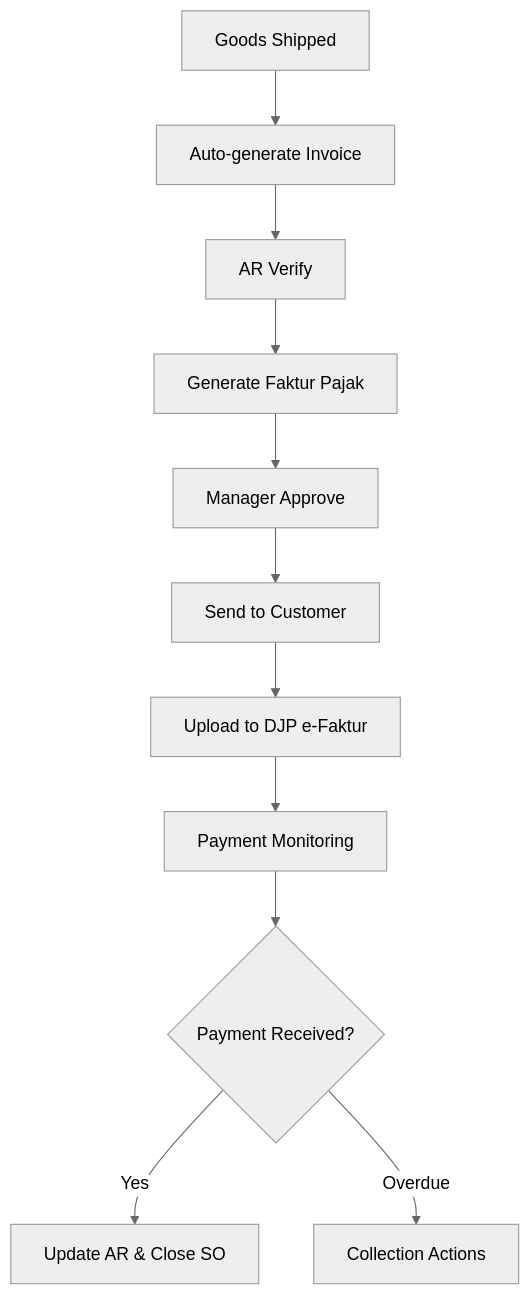
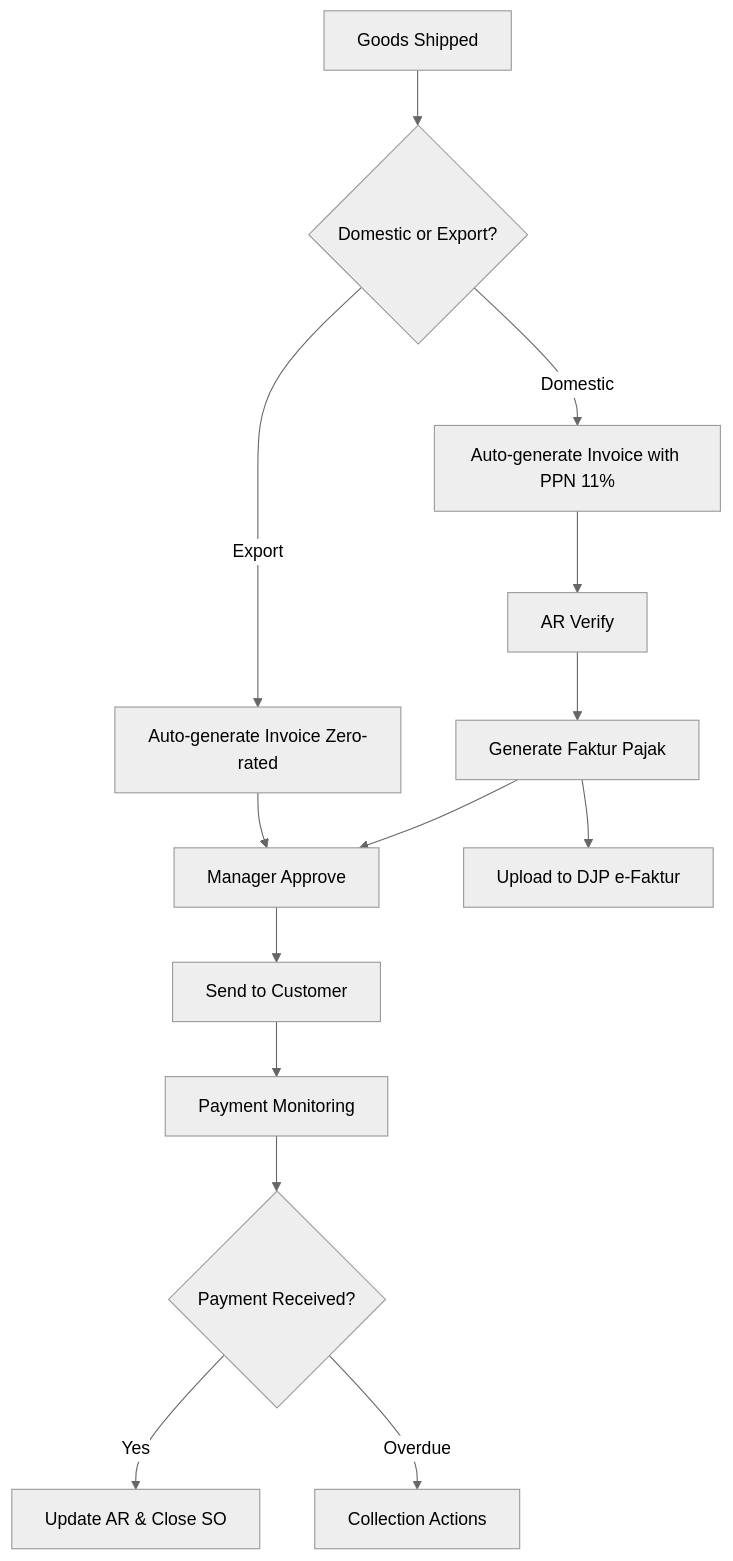
One commit to batalngantuk/jkj changed the seventh of 7 diagrams in docs/detailed_workflow_spec.md. Above: the diagram before and after it, drawn with Mermaid (neutral theme). The commit also changed other lines of this file and 5 other files, not shown here.

````diff
--- a/docs/detailed_workflow_spec.md
+++ b/docs/detailed_workflow_spec.md
@@ -318,13 +349,16 @@
 ```mermaid
 graph TD
-    A[Goods Shipped] --> B[Auto-generate Invoice]
-    B --> C[AR Verify]
-    C --> D[Generate Faktur Pajak]
-    D --> E[Manager Approve]
-    E --> F[Send to Customer]
-    F --> G[Upload to DJP e-Faktur]
-    G --> H[Payment Monitoring]
-    H --> I{Payment Received?}
-    I -->|Yes| J[Update AR & Close SO]
-    I -->|Overdue| K[Collection Actions]
+    A[Goods Shipped] --> B{Domestic or Export?}
+    B -->|Domestic| C[Auto-generate Invoice with PPN 11%]
+    B -->|Export| D[Auto-generate Invoice Zero-rated]
+    C --> E[AR Verify]
+    E --> F[Generate Faktur Pajak]
+    F --> G[Manager Approve]
+    D --> G
+    G --> H[Send to Customer]
+    F --> I[Upload to DJP e-Faktur]
+    H --> J[Payment Monitoring]
+    J --> K{Payment Received?}
+    K -->|Yes| L[Update AR & Close SO]
+    K -->|Overdue| M[Collection Actions]
 ```
````
